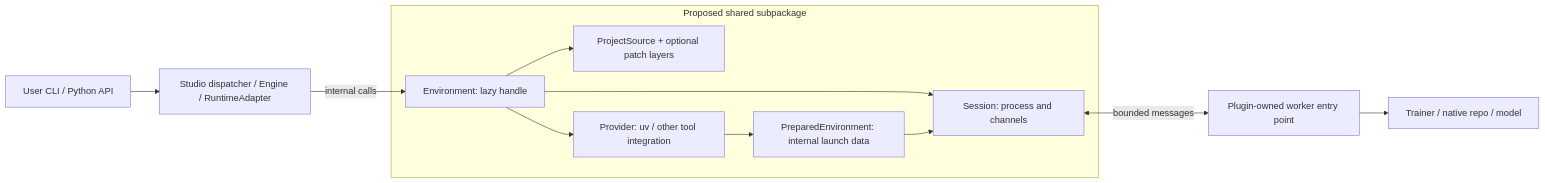
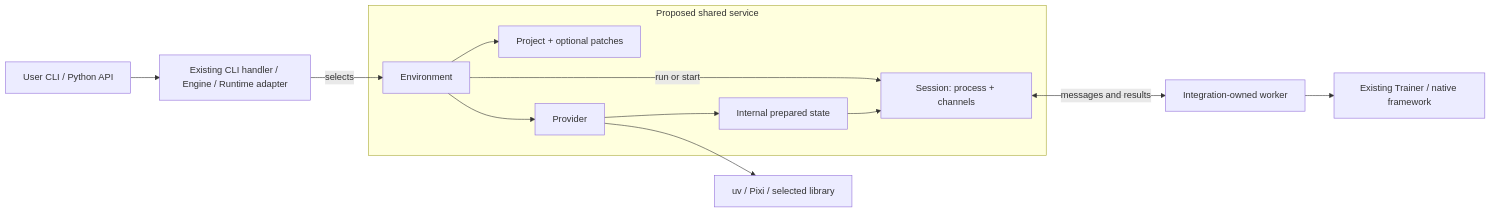
Before and after one commit to samet-akcay/physicalai: the diagram in docs/development/design/shared-environments.md, drawn with Mermaid. The commit also changed other lines of this file and 1 other file, not shown here.

Commit message:
docs: organize isolation proposal as an end-to-end execution flow

````diff
--- a/docs/development/design/shared-environments.md
+++ b/docs/development/design/shared-environments.md
@@ -276,14 +155,15 @@
 ```mermaid
 flowchart LR
-    User["User CLI / Python API"] --> Consumer["Studio dispatcher / Engine / RuntimeAdapter"]
-    Consumer -->|internal calls| Env["Environment: lazy handle"]
-    subgraph Shared["Proposed shared subpackage"]
-        Env --> Source["ProjectSource + optional patch layers"]
-        Env --> Provider["Provider: uv / other tool integration"]
-        Provider --> Prepared["PreparedEnvironment: internal launch data"]
-        Env --> Session["Session: process and channels"]
+    User["User CLI / Python API"] --> Consumer["Existing CLI handler / Engine / Runtime adapter"]
+    Consumer -->|selects| Env["Environment"]
+    subgraph Shared["Proposed shared service"]
+        Env --> Source["Project + optional patches"]
+        Env --> Provider["Provider"]
+        Provider --> Prepared["Internal prepared state"]
+        Env -->|run or start| Session["Session: process + channels"]
         Prepared --> Session
     end
-    Session <-->|bounded messages| Worker["Plugin-owned worker entry point"]
-    Worker --> Native["Trainer / native repo / model"]
+    Provider --> Tool["uv / Pixi / selected library"]
+    Session <-->|messages and results| Worker["Integration-owned worker"]
+    Worker --> Native["Existing Trainer / native framework"]
 ```
````
